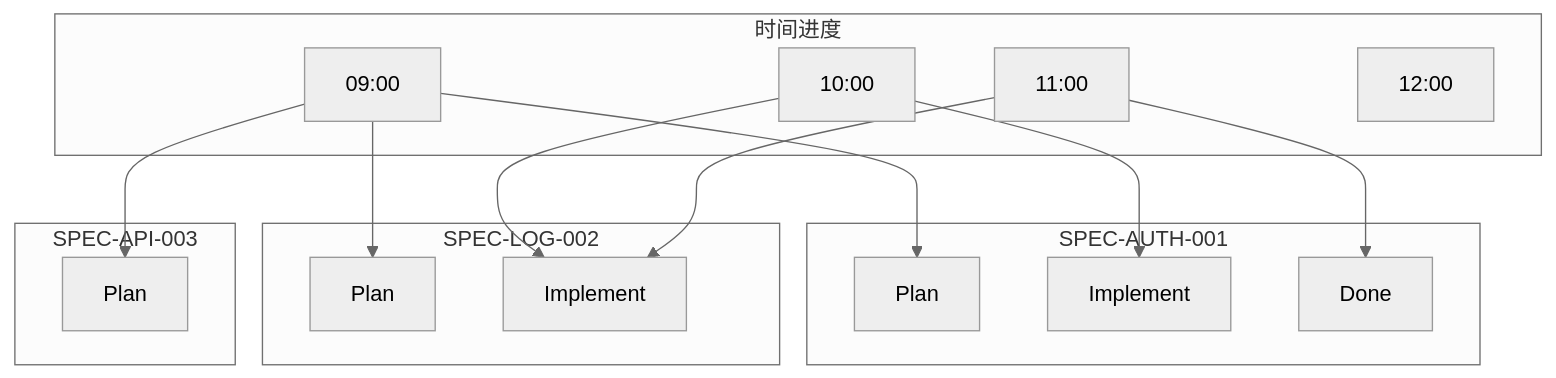
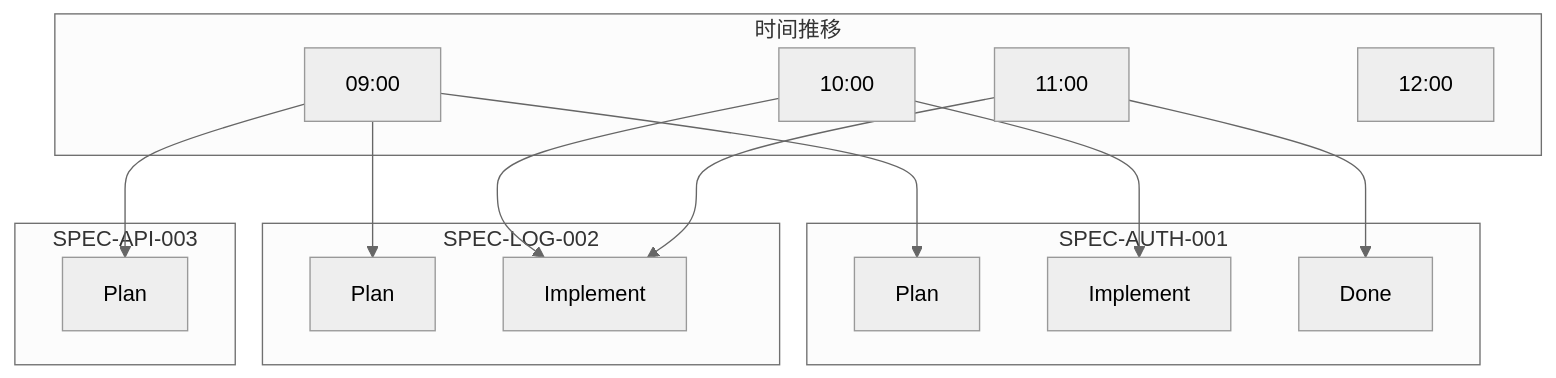
The fourth of 9 diagrams in docs-site/content/zh/worktree/faq.md (modu-ai/moai-adk), drawn with Mermaid (neutral theme) before and after one commit. The commit also changed other lines of this file and 395 other files, not shown here.

````diff
--- a/docs-site/content/zh/worktree/faq.md
+++ b/docs-site/content/zh/worktree/faq.md
@@ -170,34 +170,34 @@
 ```mermaid
-flowchart TD
-    subgraph Time["时间进度"]
+graph TB
+    subgraph Time["时间推移"]
         T1[09:00]
         T2[10:00]
         T3[11:00]
         T4[12:00]
     end
 
     subgraph Worktree1["SPEC-AUTH-001"]
         W1A[Plan]
         W1B[Implement]
         W1C[Done]
     end
 
     subgraph Worktree2["SPEC-LOG-002"]
         W2A[Plan]
         W2B[Implement]
     end
 
     subgraph Worktree3["SPEC-API-003"]
         W3A[Plan]
     end
 
     T1 --> W1A
     T1 --> W2A
     T1 --> W3A
 
     T2 --> W1B
     T2 --> W2B
 
     T3 --> W1C
     T3 --> W2B
 ```
````
